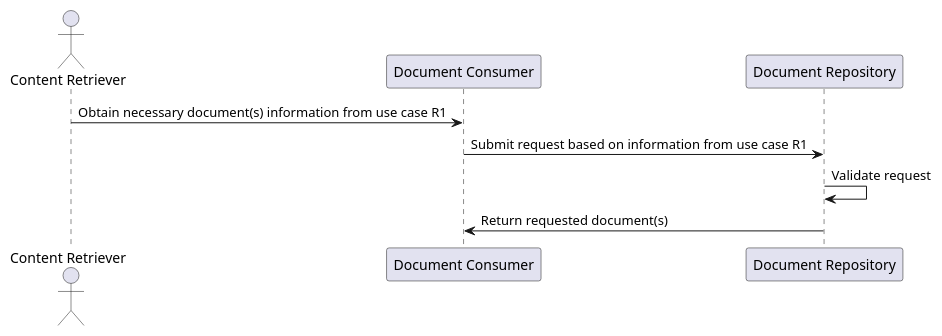
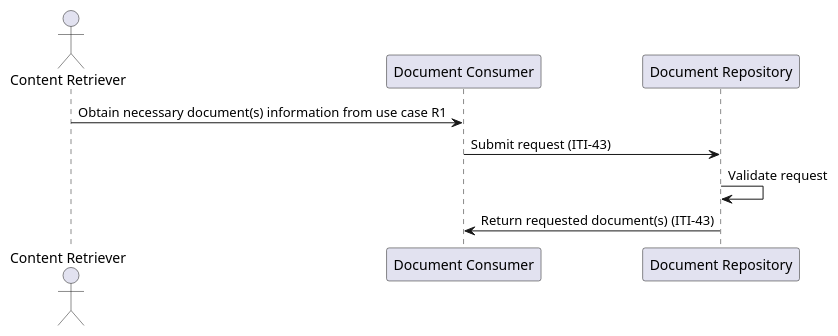
The diagram in puml/sequence-r2.puml (medcomdk/dk-medcom-document), drawn with PlantUML before and after one commit. The commit also changed 9 other files, not shown here.

Commit message:
Updated sequence diagrams

```diff
--- a/puml/sequence-r2.puml
+++ b/puml/sequence-r2.puml
@@ -1,10 +1,10 @@
 @startuml
 actor "Content Retriever" as CR
 participant "Document Consumer" as DC
 participant "Document Repository" as DR
 
 CR -> DC: Obtain necessary document(s) information from use case R1
-DC -> DR: Submit request based on information from use case R1
+DC -> DR: Submit request (ITI-43)
 DR -> DR: Validate request
-DR -> DC: Return requested document(s)
+DR -> DC: Return requested document(s) (ITI-43)
 @enduml
```
